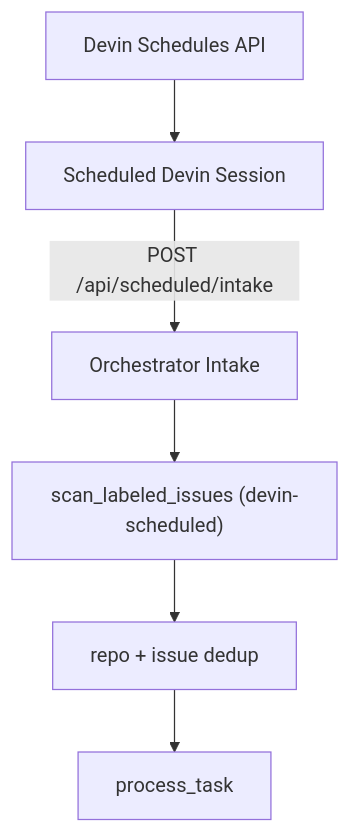
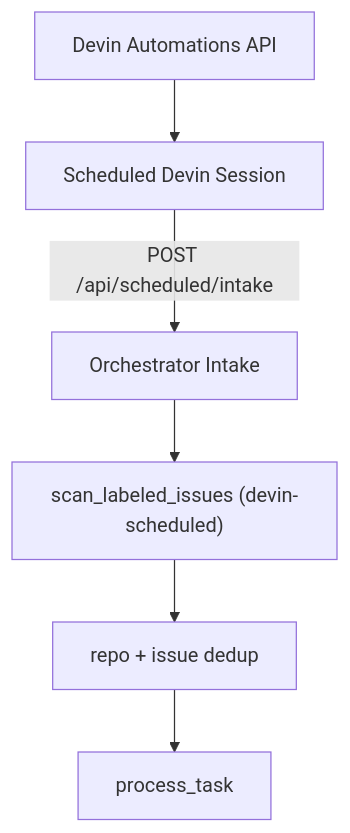
One commit to onefifteen-z/devin-remediation-orchestrator changed the seventh of 8 diagrams in docs/architecture.md. Above: the diagram before and after it, drawn with Mermaid. The commit also changed other lines of this file and 11 other files, not shown here.

First line of the commit message:
feat: color throughput chart by trigger source and reorganize docs

````diff
--- a/docs/architecture.md
+++ b/docs/architecture.md
@@ -169,8 +228,8 @@
 ```mermaid
 flowchart TB
-  SchedAPI[Devin Schedules API] --> DevinSession[Scheduled Devin Session]
+  AutoAPI[Devin Automations API] --> DevinSession[Scheduled Devin Session]
   DevinSession -->|POST /api/scheduled/intake| Intake[Orchestrator Intake]
   Intake --> Scan["scan_labeled_issues (devin-scheduled)"]
   Scan --> Dedup[repo + issue dedup]
   Dedup --> Process[process_task]
 ```
````
